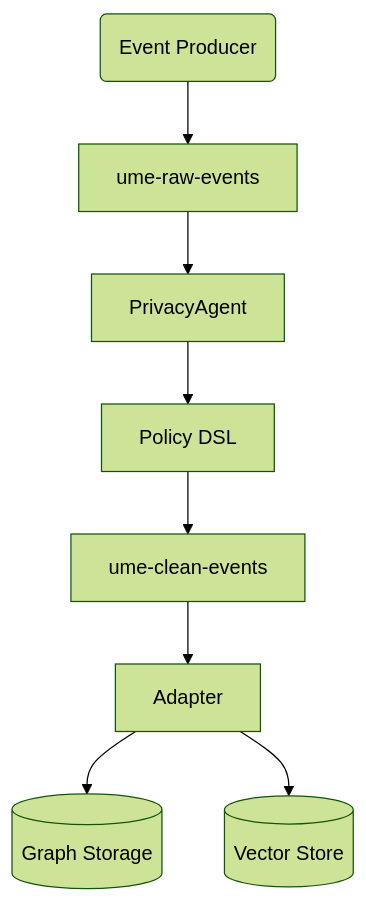
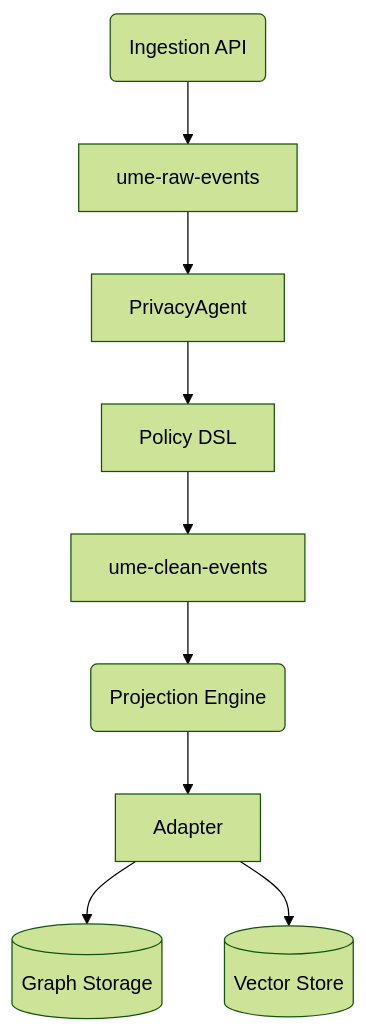
The fourth of 6 diagrams in docs/ARCHITECTURE_OVERVIEW.md (d0tTino/UME), drawn with Mermaid (forest theme) before and after one commit. The commit also changed other lines of this file and 2 other files, not shown here.

Commit message:
docs: add ingestion and projection details

````diff
--- a/docs/ARCHITECTURE_OVERVIEW.md
+++ b/docs/ARCHITECTURE_OVERVIEW.md
@@ -80,10 +82,11 @@
 ```mermaid
 graph TD
-    Producer(Event Producer) --> RawEvents[ume-raw-events]
+    Ingest(Ingestion API) --> RawEvents[ume-raw-events]
     RawEvents --> PrivacyAgent
     PrivacyAgent --> PolicyDSL[Policy DSL]
     PolicyDSL --> CleanEvents[ume-clean-events]
-    CleanEvents --> Adapter
+    CleanEvents --> Projection(Projection Engine)
+    Projection --> Adapter
     Adapter --> GraphDB[(Graph Storage)]
     Adapter --> VectorStore[(Vector Store)]
 ```
````
